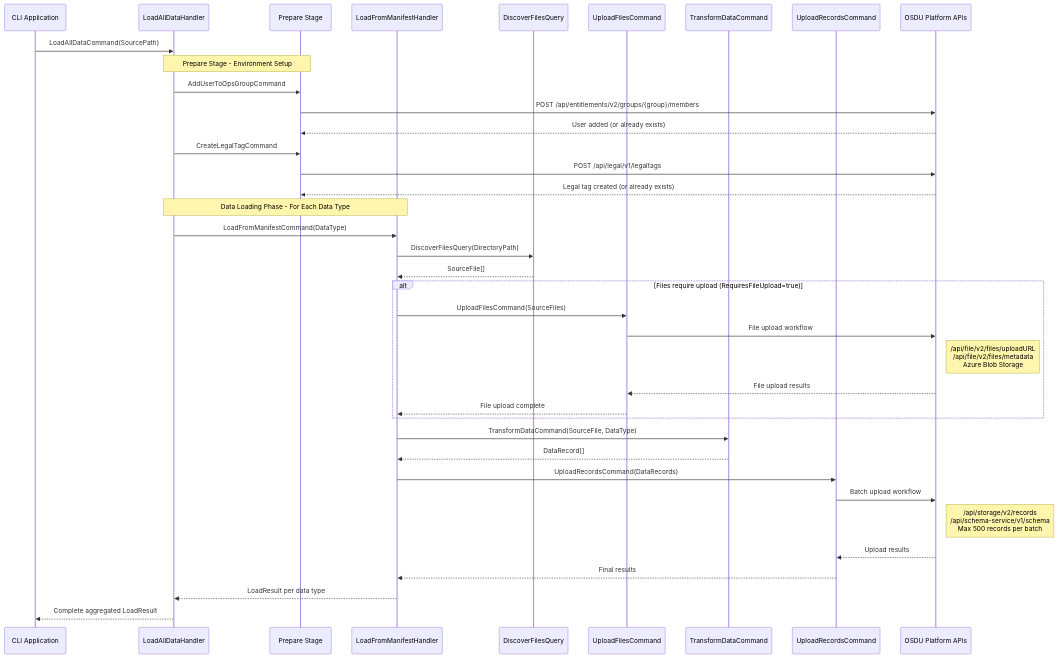
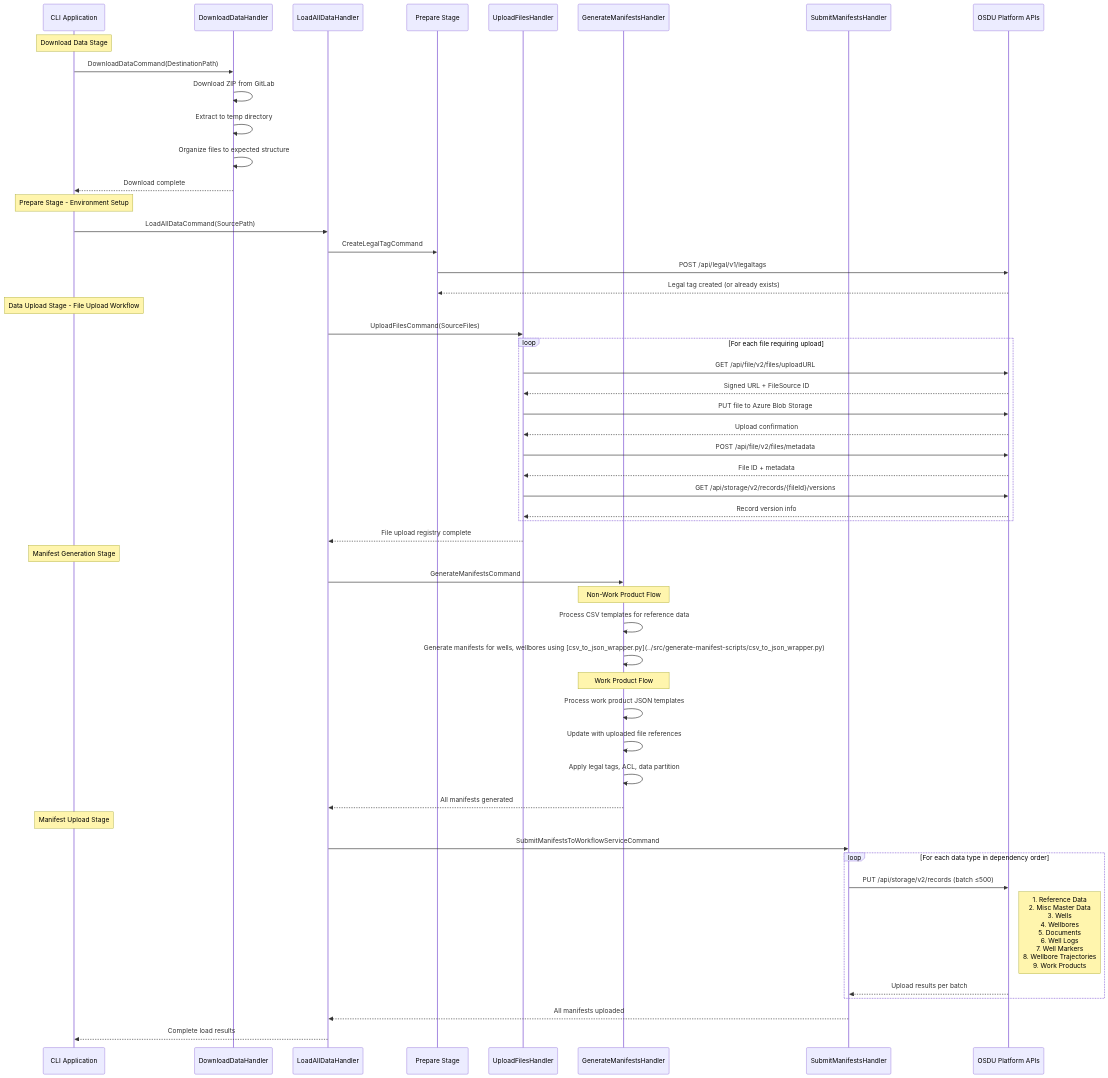
One commit to Azure/osdu-data-load-tno changed the diagram in docs/DATA_LOAD_PROCESS.md. Above: the diagram before and after it, drawn with Mermaid. The commit also changed other lines of this file and 1 other file, not shown here.

````diff
--- a/docs/DATA_LOAD_PROCESS.md
+++ b/docs/DATA_LOAD_PROCESS.md
@@ -112,46 +48,66 @@
 ```mermaid
 sequenceDiagram
     participant CLI as CLI Application
+    participant Download as DownloadDataHandler
     participant LoadAll as LoadAllDataHandler
     participant Prepare as Prepare Stage
-    participant Load as LoadFromManifestHandler
-    participant Discover as DiscoverFilesQuery
-    participant Upload as UploadFilesCommand
-    participant Transform as TransformDataCommand
-    participant Records as UploadRecordsCommand
+    participant Upload as UploadFilesHandler
+    participant Generate as GenerateManifestsHandler
+    participant Workflow as SubmitManifestsHandler
     participant OSDU as OSDU Platform APIs
 
+    Note over CLI: Download Data Stage
+    CLI->>Download: DownloadDataCommand(DestinationPath)
+    Download->>Download: Download ZIP from GitLab
+    Download->>Download: Extract to temp directory
+    Download->>Download: Organize files to expected structure
+    Download-->>CLI: Download complete
+    
+    Note over CLI: Prepare Stage - Environment Setup
     CLI->>LoadAll: LoadAllDataCommand(SourcePath)
-    
-    Note over LoadAll,Prepare: Prepare Stage - Environment Setup
-    LoadAll->>Prepare: AddUserToOpsGroupCommand
-    Prepare->>OSDU: POST /api/entitlements/v2/groups/{group}/members
-    OSDU-->>Prepare: User added (or already exists)
     LoadAll->>Prepare: CreateLegalTagCommand
     Prepare->>OSDU: POST /api/legal/v1/legaltags
     OSDU-->>Prepare: Legal tag created (or already exists)
     
-    Note over LoadAll,Load: Data Loading Phase - For Each Data Type
-    LoadAll->>Load: LoadFromManifestCommand(DataType)
-    Load->>Discover: DiscoverFilesQuery(DirectoryPath)
-    Discover-->>Load: SourceFile[]
+    Note over CLI: Data Upload Stage - File Upload Workflow
+    LoadAll->>Upload: UploadFilesCommand(SourceFiles)
     
-    alt Files require upload (RequiresFileUpload=true)
-        Load->>Upload: UploadFilesCommand(SourceFiles)
-        Upload->>OSDU: File upload workflow
-        Note right of OSDU: /api/file/v2/files/uploadURL<br/>/api/file/v2/files/metadata<br/>Azure Blob Storage
-        OSDU-->>Upload: File upload results
-        Upload-->>Load: File upload complete
+    loop For each file requiring upload
+        Upload->>OSDU: GET /api/file/v2/files/uploadURL
+        OSDU-->>Upload: Signed URL + FileSource ID
+        Upload->>OSDU: PUT file to Azure Blob Storage
+        OSDU-->>Upload: Upload confirmation
+        Upload->>OSDU: POST /api/file/v2/files/metadata
+        OSDU-->>Upload: File ID + metadata
+        Upload->>OSDU: GET /api/storage/v2/records/{fileId}/versions
+        OSDU-->>Upload: Record version info
     end
     
-    Load->>Transform: TransformDataCommand(SourceFile, DataType)
-    Transform-->>Load: DataRecord[]
+    Upload-->>LoadAll: File upload registry complete
     
-    Load->>Records: UploadRecordsCommand(DataRecords)
-    Records->>OSDU: Batch upload workflow
-    Note right of OSDU: /api/storage/v2/records<br/>/api/schema-service/v1/schema<br/>Max 500 records per batch
-    OSDU-->>Records: Upload results
-    Records-->>Load: Final results
-    Load-->>LoadAll: LoadResult per data type
-    LoadAll-->>CLI: Complete aggregated LoadResult
+    Note over CLI: Manifest Generation Stage
+    LoadAll->>Generate: GenerateManifestsCommand
+    
+    Note over Generate: Non-Work Product Flow
+    Generate->>Generate: Process CSV templates for reference data
+    Generate->>Generate: Generate manifests for wells, wellbores using [csv_to_json_wrapper.py](../src/generate-manifest-scripts/csv_to_json_wrapper.py)
+    
+    Note over Generate: Work Product Flow  
+    Generate->>Generate: Process work product JSON templates
+    Generate->>Generate: Update with uploaded file references
+    Generate->>Generate: Apply legal tags, ACL, data partition
+    
+    Generate-->>LoadAll: All manifests generated
+    
+    Note over CLI: Manifest Upload Stage
+    LoadAll->>Workflow: SubmitManifestsToWorkflowServiceCommand
+    
+    loop For each data type in dependency order
+        Workflow->>OSDU: PUT /api/storage/v2/records (batch ≤500)
+        Note right of OSDU: 1. Reference Data<br/>2. Misc Master Data<br/>3. Wells<br/>4. Wellbores<br/>5. Documents<br/>6. Well Logs<br/>7. Well Markers<br/>8. Wellbore Trajectories<br/>9. Work Products
+        OSDU-->>Workflow: Upload results per batch
+    end
+    
+    Workflow-->>LoadAll: All manifests uploaded
+    LoadAll-->>CLI: Complete load results
 ```
````
